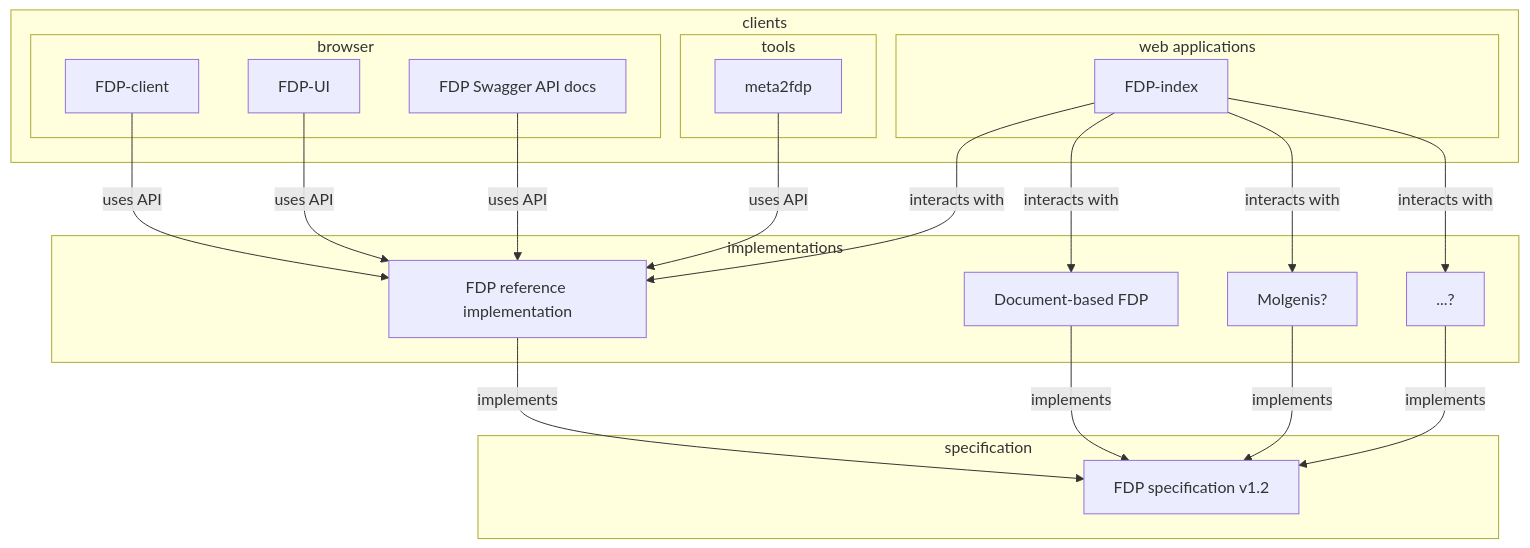
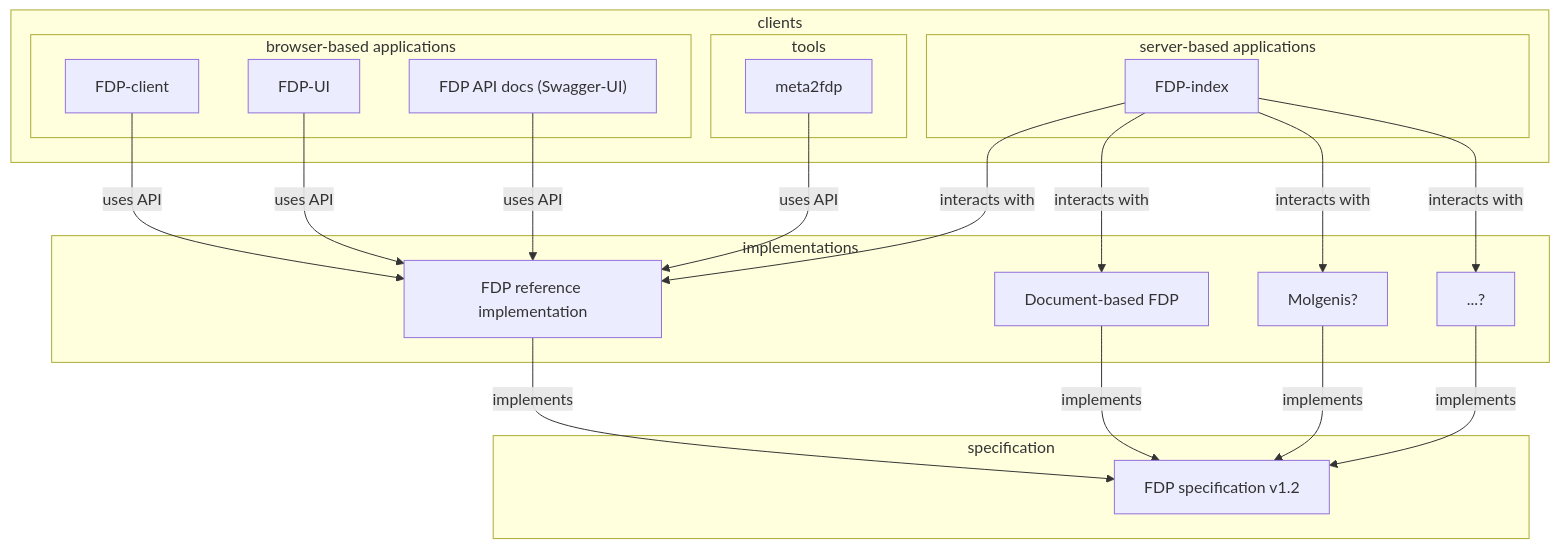
The diagram in diagrams/disambiguation.mermaid (FAIRDataTeam/community), drawn with Mermaid before and after one commit.

Commit message:
rename some components in diagram

```diff
--- a/diagrams/disambiguation.mermaid
+++ b/diagrams/disambiguation.mermaid
@@ -1,43 +1,43 @@
 flowchart
   subgraph specification
     fdp-specs[FDP specification v1.2]
   end
   subgraph implementations
     fdp["FDP reference implementation"]
     doc["Document-based FDP"]
     molgenis["Molgenis?"]
     more["...?"]
   end
   subgraph clients
-    subgraph browser
+    subgraph browser-based applications
       fdp-client["FDP-client"]
       fdp-ui["FDP-UI"]
-      swagger["FDP Swagger API docs"]
+      swagger["FDP API docs (Swagger-UI)"]
     end
 %%    subgraph command line
 %%      curl["curl"]
 %%    end
     subgraph tools
       meta2fdp["meta2fdp"]
     end
-    subgraph web applications
+    subgraph server-based applications
       fdp-index["FDP-index"]
     end
   end
 
   fdp -- implements --> fdp-specs
   doc -- implements --> fdp-specs
   molgenis -- implements --> fdp-specs
   more -- implements --> fdp-specs
 
   fdp-client -- uses API --> fdp
   fdp-ui -- uses API --> fdp
   swagger -- uses API --> fdp
 
 %%  curl -- uses API --> fdp
 
   meta2fdp -- uses API --> fdp
   fdp-index -- interacts with --> fdp
   fdp-index -- interacts with --> doc
   fdp-index -- interacts with --> molgenis
   fdp-index -- interacts with --> more
```
